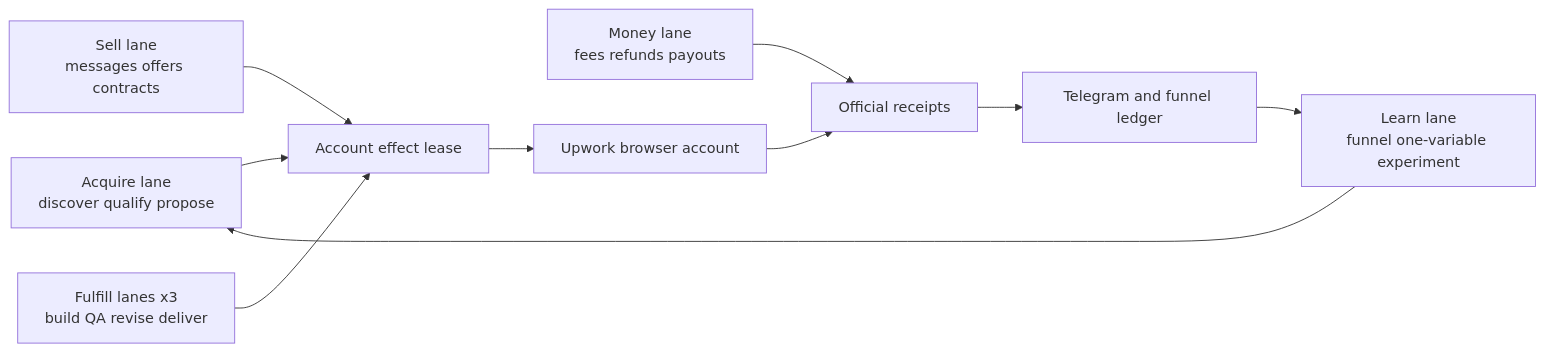
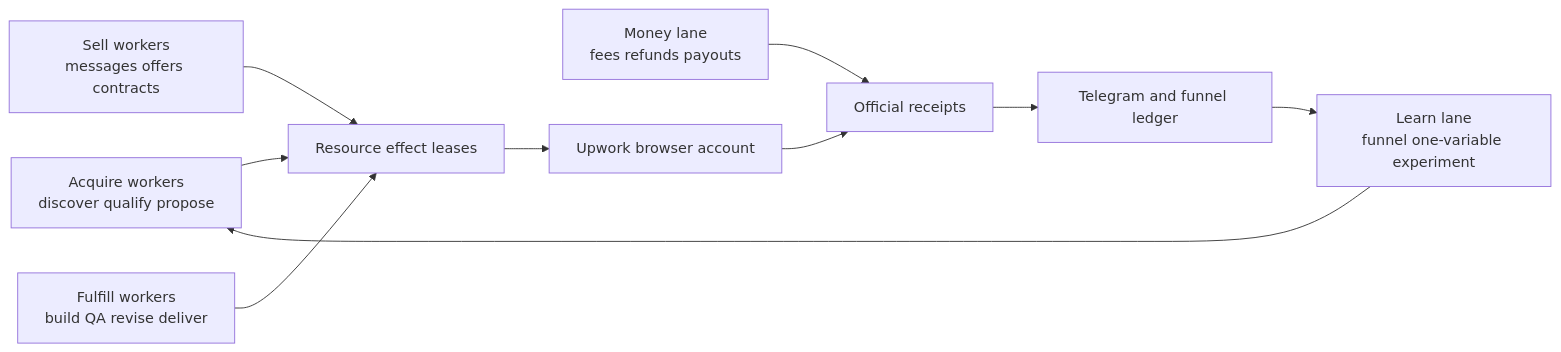
The seventh of 8 diagrams in docs/superpowers/specs/2026-08-22-life-manager-gig-economy-loop-design.md (Daisuke134/anicca), drawn with Mermaid before and after one commit. The commit also changed other lines of this file and 1 other file, not shown here.

Commit message:
docs(gig): maximize resource parallelism

````diff
--- a/docs/superpowers/specs/2026-08-22-life-manager-gig-economy-loop-design.md
+++ b/docs/superpowers/specs/2026-08-22-life-manager-gig-economy-loop-design.md
@@ -825,12 +825,12 @@
 ```mermaid
 flowchart LR
-  A[Acquire lane\ndiscover qualify propose] --> X[Account effect lease]
-  S[Sell lane\nmessages offers contracts] --> X
-  F[Fulfill lanes x3\nbuild QA revise deliver] --> X
+  A[Acquire workers\ndiscover qualify propose] --> X[Resource effect leases]
+  S[Sell workers\nmessages offers contracts] --> X
+  F[Fulfill workers\nbuild QA revise deliver] --> X
   M[Money lane\nfees refunds payouts] --> R[Official receipts]
   L[Learn lane\nfunnel one-variable experiment] --> A
   X --> U[Upwork browser account]
   U --> R
   R --> T[Telegram and funnel ledger]
   T --> L
 ```
````
